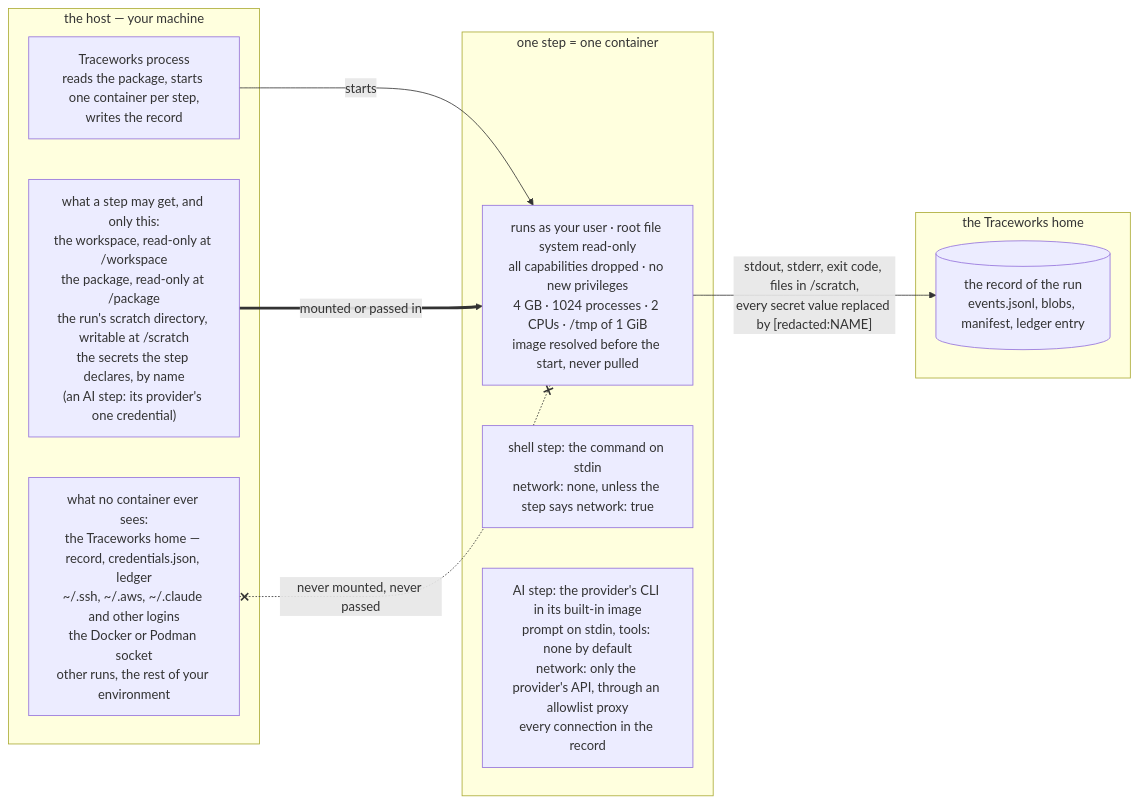
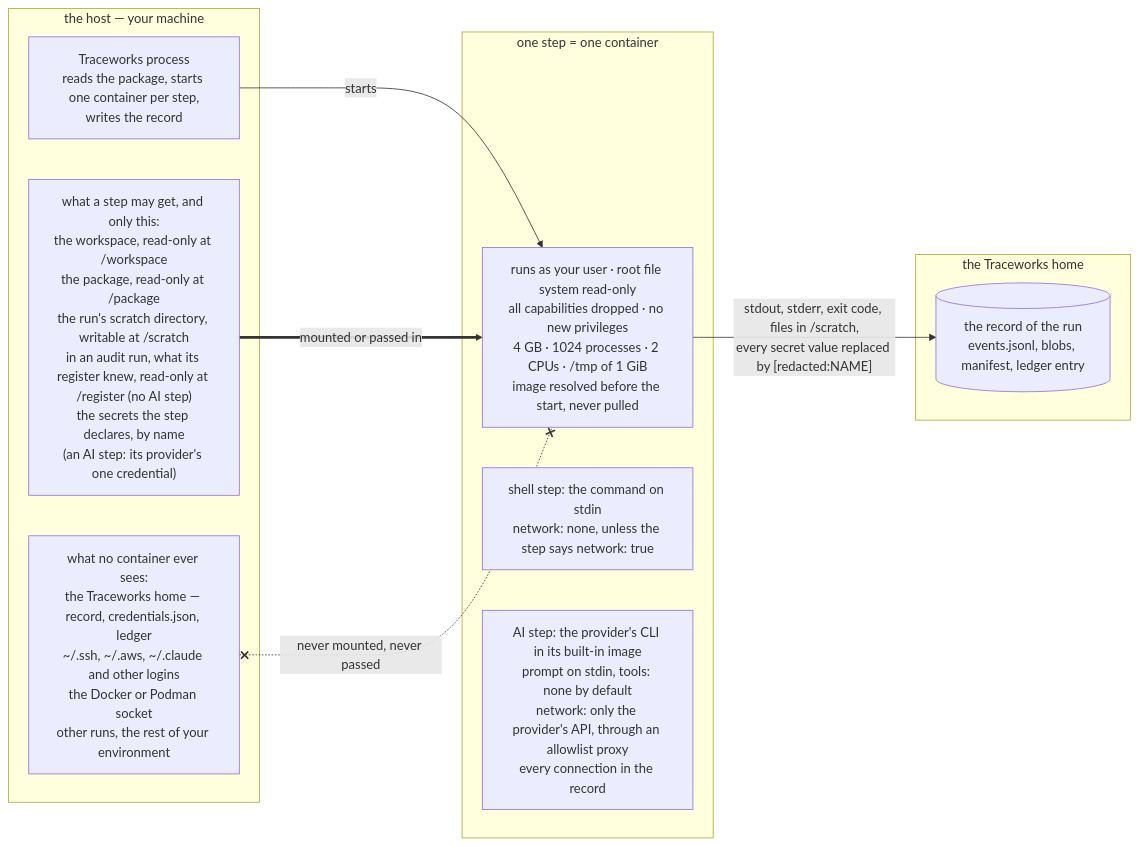
Before and after one commit to FLSEST/traceworks: the diagram in docs/security.md, drawn with Mermaid. The commit also changed other lines of this file and 4 other files, not shown here.

Commit message:
docs: the register folder of a run, register_dir and what the record holds of it

````diff
--- a/docs/security.md
+++ b/docs/security.md
@@ -13,20 +13,20 @@
 ```mermaid
 flowchart LR
     subgraph host["the host — your machine"]
         tw["Traceworks process<br>reads the package, starts one container per step,<br>writes the record"]
-        gets["what a step may get, and only this:<br>the workspace, read-only at /workspace<br>the package, read-only at /package<br>the run's scratch directory, writable at /scratch<br>the secrets the step declares, by name<br>(an AI step: its provider's one credential)"]
+        gets["what a step may get, and only this:<br>the workspace, read-only at /workspace<br>the package, read-only at /package<br>the run's scratch directory, writable at /scratch<br>in an audit run, what its register knew, read-only at /register (no AI step)<br>the secrets the step declares, by name<br>(an AI step: its provider's one credential)"]
         never["what no container ever sees:<br>the Traceworks home — record, credentials.json, ledger<br>~/.ssh, ~/.aws, ~/.claude and other logins<br>the Docker or Podman socket<br>other runs, the rest of your environment"]
     end
     subgraph container["one step = one container"]
         step["runs as your user · root file system read-only<br>all capabilities dropped · no new privileges<br>4 GB · 1024 processes · 2 CPUs · /tmp of 1 GiB<br>image resolved before the start, never pulled"]
         shellStep["shell step: the command on stdin<br>network: none, unless the step says network: true"]
         aiStep["AI step: the provider's CLI in its built-in image<br>prompt on stdin, tools: none by default<br>network: only the provider's API, through an allowlist proxy<br>every connection in the record"]
     end
     subgraph home["the Traceworks home"]
         record[("the record of the run<br>events.jsonl, blobs, manifest, ledger entry")]
     end
     tw -- "starts" --> step
     gets == "mounted or passed in" ==> step
     never x-. "never mounted, never passed" .-x step
     step -- "stdout, stderr, exit code, files in /scratch,<br>every secret value replaced by [redacted:NAME]" --> record
 ```
````
